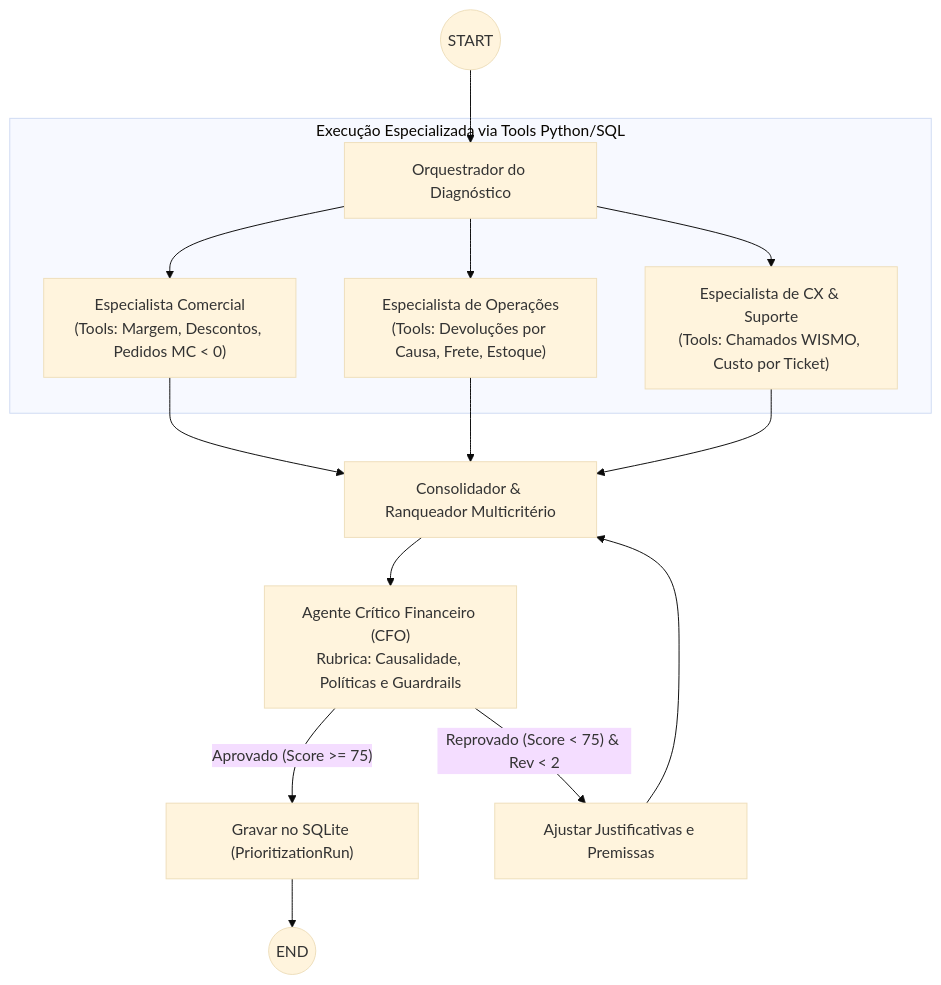
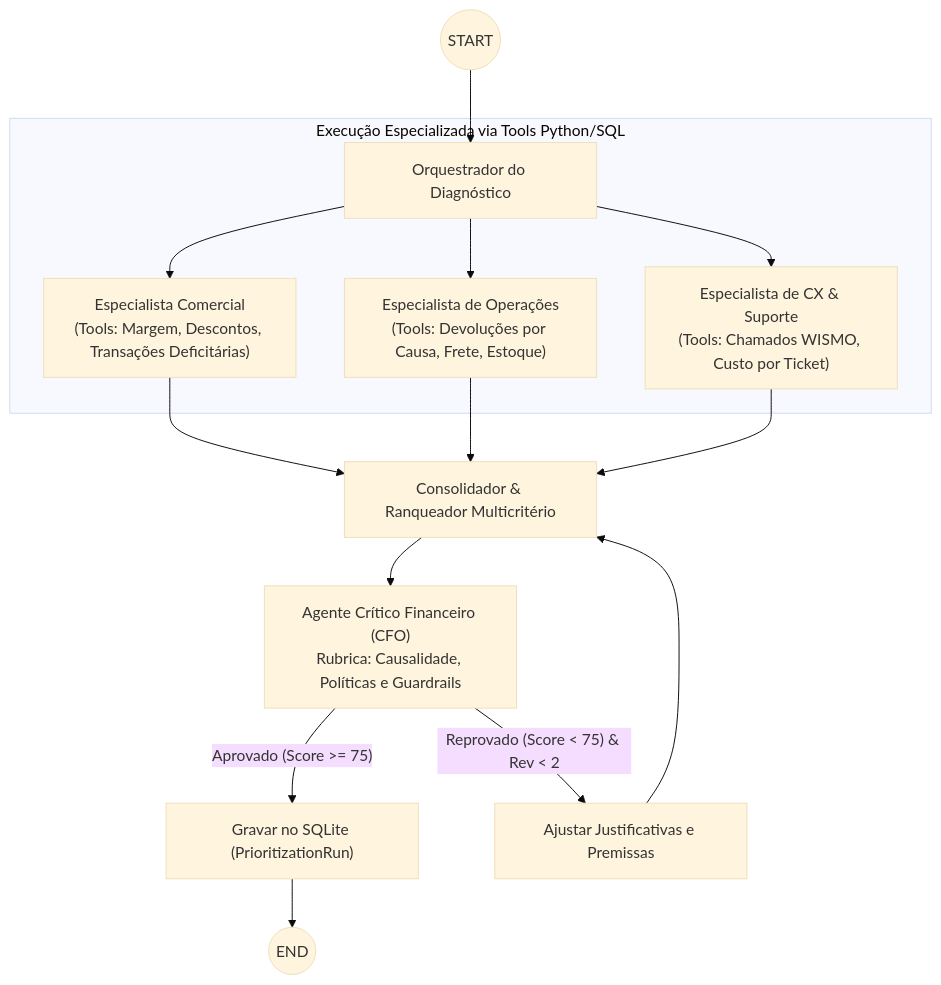
Before and after one commit to carlos-e-araujo/priorizador-de-margem: the fifth of 6 diagrams in docs/04_ideia.md, drawn with Mermaid (base theme). The commit also changed other lines of this file, not shown here.

Commit message:
Refine Módulo C documentation for clarity and accuracy, enhancing descriptions of data handling and system architecture

````diff
--- a/docs/04_ideia.md
+++ b/docs/04_ideia.md
@@ -570,21 +594,21 @@
 ```mermaid
 flowchart TD
     START((START)) --> orquestrador["Orquestrador do Diagnóstico"]
     
     subgraph Paralelo["Execução Especializada via Tools Python/SQL"]
-        orquestrador --> esp_comercial["Especialista Comercial<br/>(Tools: Margem, Descontos, Pedidos MC < 0)"]
+        orquestrador --> esp_comercial["Especialista Comercial<br/>(Tools: Margem, Descontos, Transações Deficitárias)"]
         orquestrador --> esp_operacoes["Especialista de Operações<br/>(Tools: Devoluções por Causa, Frete, Estoque)"]
         orquestrador --> esp_cx["Especialista de CX & Suporte<br/>(Tools: Chamados WISMO, Custo por Ticket)"]
     end
 
     esp_comercial --> consolidador["Consolidador & Ranqueador Multicritério"]
     esp_operacoes --> consolidador
     esp_cx --> consolidador
 
     consolidador --> critico["Agente Crítico Financeiro (CFO)<br/>Rubrica: Causalidade, Políticas e Guardrails"]
     
     critico -- "Aprovado (Score >= 75)" --> salvar_db["Gravar no SQLite (PrioritizationRun)"]
     critico -- "Reprovado (Score < 75) & Rev < 2" --> revisar["Ajustar Justificativas e Premissas"]
     revisar --> consolidador
     salvar_db --> END((END))
 ```
````
